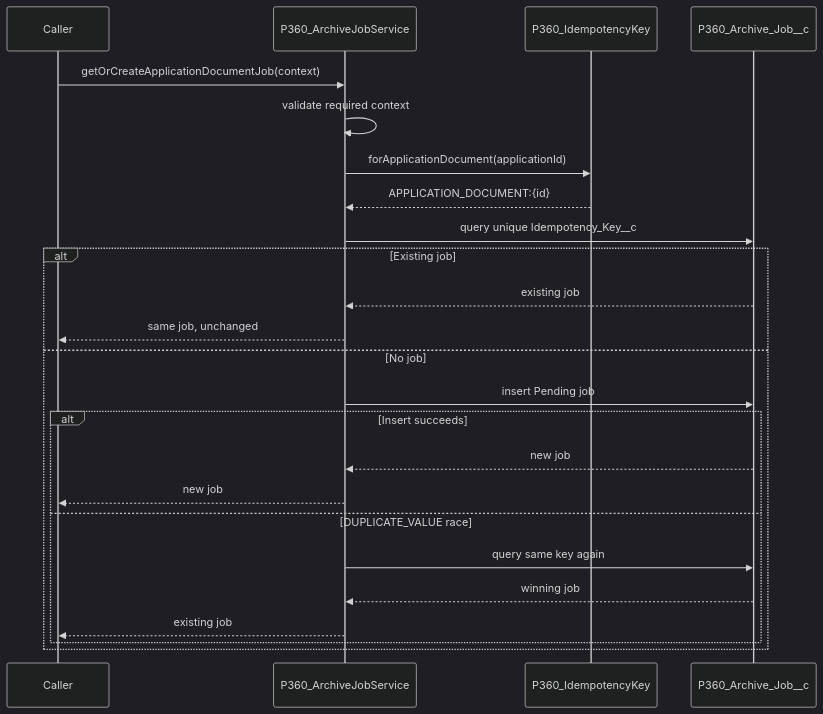
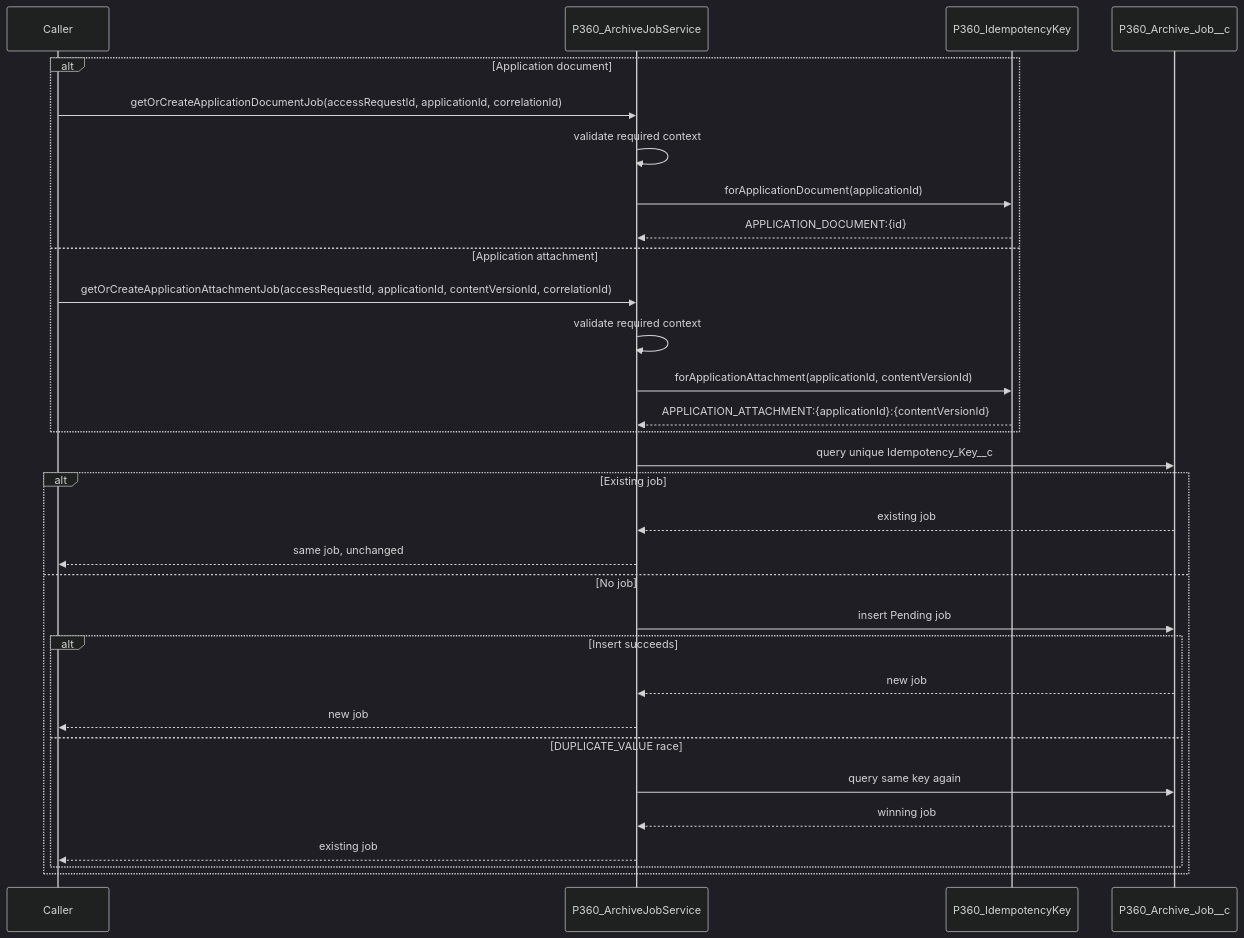
The third of 4 diagrams in docs/integrations/p360/teknisk-oversikt.md (navikt/crm-arbeidsforhold), drawn with Mermaid (dark theme) before and after one commit. The commit also changed other lines of this file and 12 other files, not shown here.

Commit message:
docs(p360): update architecture diagrams and add class diagram

````diff
--- a/docs/integrations/p360/teknisk-oversikt.md
+++ b/docs/integrations/p360/teknisk-oversikt.md
@@ -166,27 +172,34 @@
 ```mermaid
 sequenceDiagram
     participant Caller
     participant Service as P360_ArchiveJobService
     participant Key as P360_IdempotencyKey
     participant Store as P360_Archive_Job__c
 
-    Caller->>Service: getOrCreateApplicationDocumentJob(context)
-    Service->>Service: validate required context
-    Service->>Key: forApplicationDocument(applicationId)
-    Key-->>Service: APPLICATION_DOCUMENT:{id}
+    alt Application document
+        Caller->>Service: getOrCreateApplicationDocumentJob(accessRequestId, applicationId, correlationId)
+        Service->>Service: validate required context
+        Service->>Key: forApplicationDocument(applicationId)
+        Key-->>Service: APPLICATION_DOCUMENT:{id}
+    else Application attachment
+        Caller->>Service: getOrCreateApplicationAttachmentJob(accessRequestId, applicationId, contentVersionId, correlationId)
+        Service->>Service: validate required context
+        Service->>Key: forApplicationAttachment(applicationId, contentVersionId)
+        Key-->>Service: APPLICATION_ATTACHMENT:{applicationId}:{contentVersionId}
+    end
     Service->>Store: query unique Idempotency_Key__c
     alt Existing job
         Store-->>Service: existing job
         Service-->>Caller: same job, unchanged
     else No job
         Service->>Store: insert Pending job
         alt Insert succeeds
             Store-->>Service: new job
             Service-->>Caller: new job
         else DUPLICATE_VALUE race
             Service->>Store: query same key again
             Store-->>Service: winning job
             Service-->>Caller: existing job
         end
     end
 ```
````
